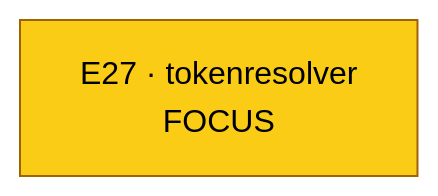
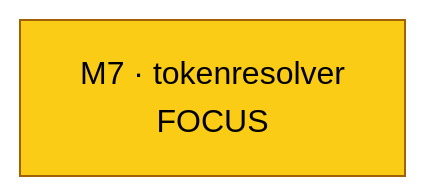
Before and after one commit to toejough/engram: the seventh of 7 diagrams in skills/c4/references/mermaid-conventions.md, drawn with Mermaid. The commit also changed other lines of this file and 21 other files, not shown here.

````diff
--- a/skills/c4/references/mermaid-conventions.md
+++ b/skills/c4/references/mermaid-conventions.md
@@ -185,6 +187,6 @@
 ```mermaid
 flowchart LR
     classDef focus       fill:#facc15,stroke:#a16207,color:#000
-    e27[E27 · tokenresolver<br/>FOCUS]
-    class e27 focus
+    m7[M7 · tokenresolver<br/>FOCUS]
+    class m7 focus
 ```
````
